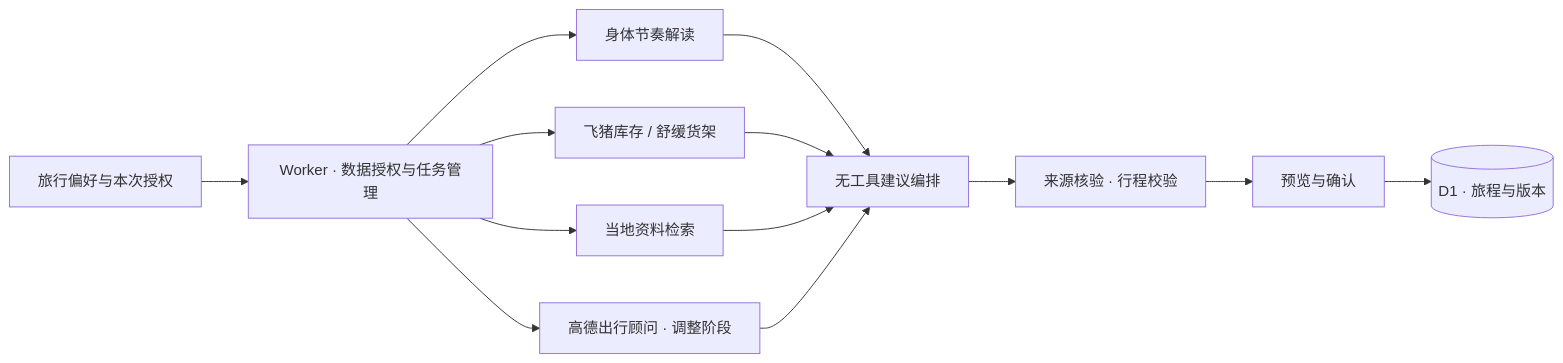
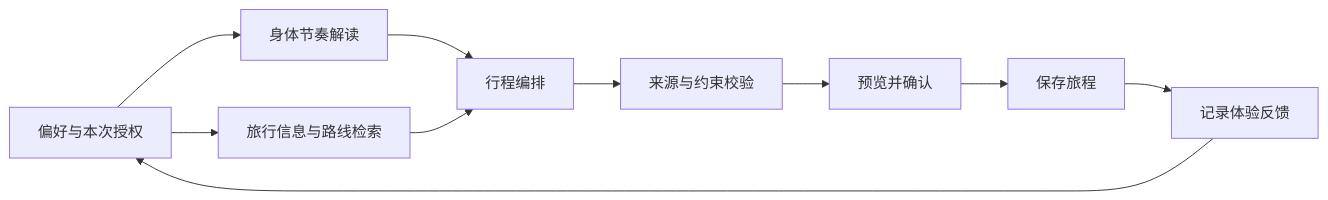
The diagram in README.md (EazyLee30/biotrip-fliggy-hackathon), drawn with Mermaid before and after one commit. The commit also changed other lines of this file and 83 other files, not shown here.

````diff
--- a/README.md
+++ b/README.md
@@ -58,15 +73,12 @@
 ```mermaid
 flowchart LR
-    U[旅行偏好与本次授权] --> W[Worker · 数据授权与任务管理]
-    W --> H[身体节奏解读]
-    W --> F[飞猪库存 / 舒缓货架]
-    W --> L[当地资料检索]
-    W --> M[高德出行顾问 · 调整阶段]
-    H --> C[无工具建议编排]
-    F --> C
-    L --> C
-    M --> C
-    C --> P[来源核验 · 行程校验]
-    P --> A[预览与确认]
-    A --> D[(D1 · 旅程与版本)]
+    I[偏好与本次授权] --> H[身体节奏解读]
+    I --> T[旅行信息与路线检索]
+    H --> C[行程编排]
+    T --> C
+    C --> V[来源与约束校验]
+    V --> U[预览并确认]
+    U --> J[保存旅程]
+    J --> F[记录体验反馈]
+    F --> I
 ```
````
